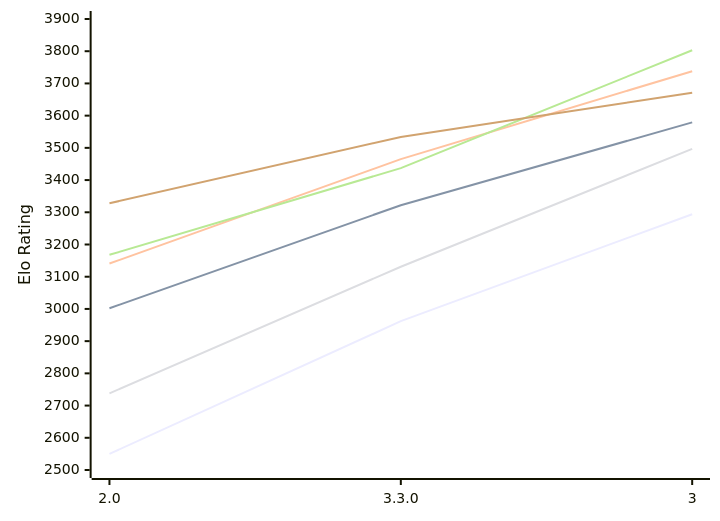
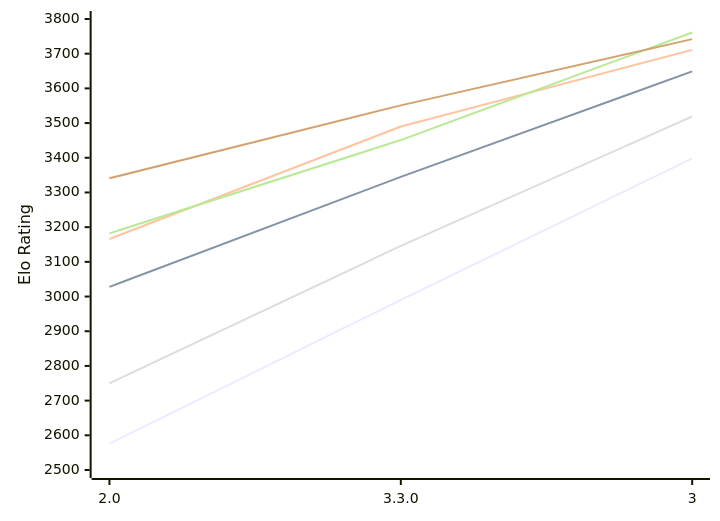
Before and after one commit to computer-chess-index/cci: the diagram in engines/Ravager.md, drawn with Mermaid. The commit also changed other lines of this file, not shown here.

Commit message:
Update CCI Ratings (ELO VLTC) - 2026-10-24

````diff
--- a/engines/Ravager.md
+++ b/engines/Ravager.md
@@ -51,12 +51,12 @@
 ```mermaid
 %%{init: {"theme":"base","themeVariables":{"seriesColors:['#a3a3a3','#222221','#faa371']}}}%%
 xychart-beta
   x-axis ["2.0", "3.3.0", "3"]
-  y-axis "Elo Rating" 2500 --> 3900
-  line "E1: STC (8.0+0.08s)" [2550, 2962, 3294]
-  line "E1: LTC (60.0+0.60s)" [3002, 3322, 3579]
-  line "E1: VLTC (2m24s+1.12s)" [3141, 3465, 3738]
-  line "P1: STC (8.0+0.08s)" [2738, 3131, 3497]
-  line "P1: LTC (60.0+0.60s)" [3168, 3437, 3803]
-  line "P1: VLTC (2m24s+1.12s)" [3328, 3534, 3671]
+  y-axis "Elo Rating" 2500 --> 3800
+  line "E1: STC (8.0+0.08s)" [2576, 2990, 3398]
+  line "E1: LTC (60.0+0.60s)" [3028, 3345, 3649]
+  line "E1: VLTC (2m24s+1.12s)" [3166, 3490, 3711]
+  line "P1: STC (8.0+0.08s)" [2750, 3146, 3519]
+  line "P1: LTC (60.0+0.60s)" [3182, 3451, 3761]
+  line "P1: VLTC (2m24s+1.12s)" [3341, 3551, 3742]
 ```
````
